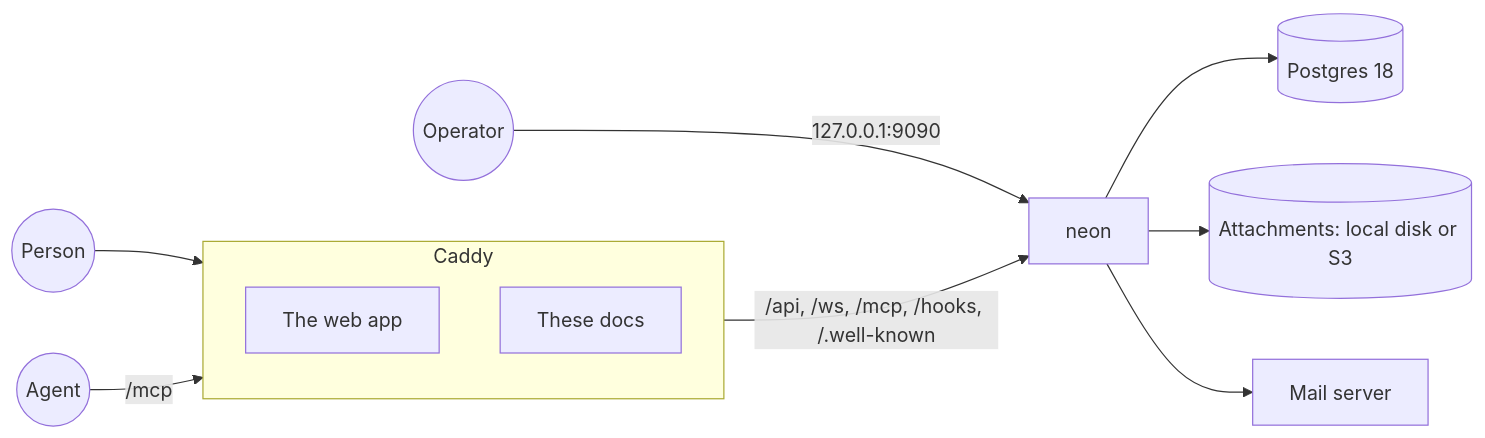
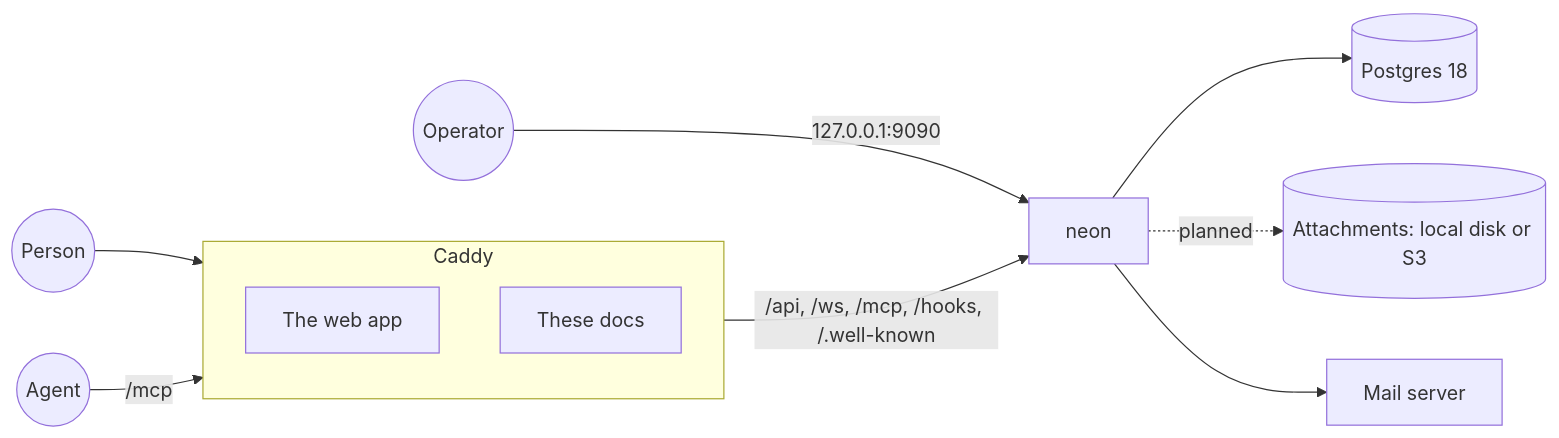
Before and after one commit to lein3000zzz/neon-teamspace: the first of 3 diagrams in docs/src/content/docs/architecture/overview.md, drawn with Mermaid. The commit also changed other lines of this file and 13 other files, not shown here.

````diff
--- a/docs/src/content/docs/architecture/overview.md
+++ b/docs/src/content/docs/architecture/overview.md
@@ -13,14 +13,14 @@
 ```mermaid
 flowchart LR
   person((Person)) --> caddy
   agent((Agent)) -- "/mcp" --> caddy
   subgraph caddy [Caddy]
     app[The web app]
     docs[These docs]
   end
   caddy -- "/api, /ws, /mcp, /hooks, /.well-known" --> server[neon]
   server --> pg[(Postgres 18)]
-  server --> files[(Attachments: local disk or S3)]
+  server -. "planned" .-> files[(Attachments: local disk or S3)]
   server --> mail[Mail server]
   ops((Operator)) -- "127.0.0.1:9090" --> server
 ```
````
